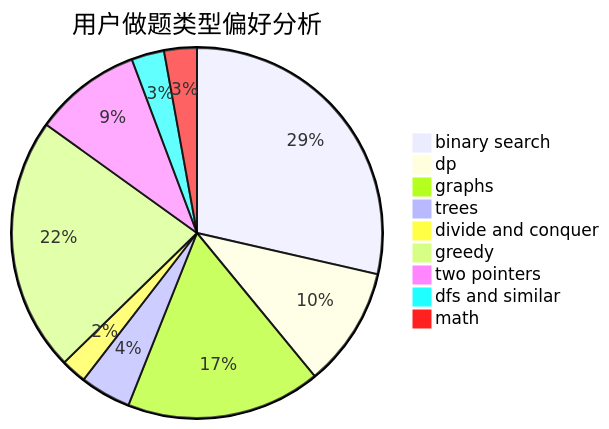
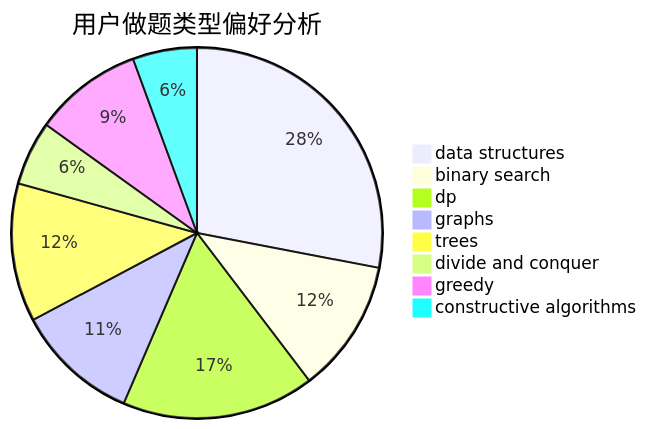
One commit to sherpahu/cfrs.github.io changed the second of 3 diagrams in docs/user/u273.md. Above: the diagram before and after it, drawn with Mermaid. The commit also changed other lines of this file and 2775 other files, not shown here.

````diff
--- a/docs/user/u273.md
+++ b/docs/user/u273.md
@@ -23,12 +23,11 @@
 ```mermaid
 pie title 用户做题类型偏好分析
-    "binary search" :  180
-    "dp" :  66
-    "graphs" :  107
+    "data structures" :  65
+    "binary search" :  27
+    "dp" :  39
+    "graphs" :  25
     "trees" :  28
-    "divide and conquer" :  14
-    "greedy" :  140
-    "two pointers" :  59
-    "dfs and similar" :  18
-    "math" :  18
+    "divide and conquer" :  13
+    "greedy" :  22
+    "constructive algorithms" :  13
 ```
````
